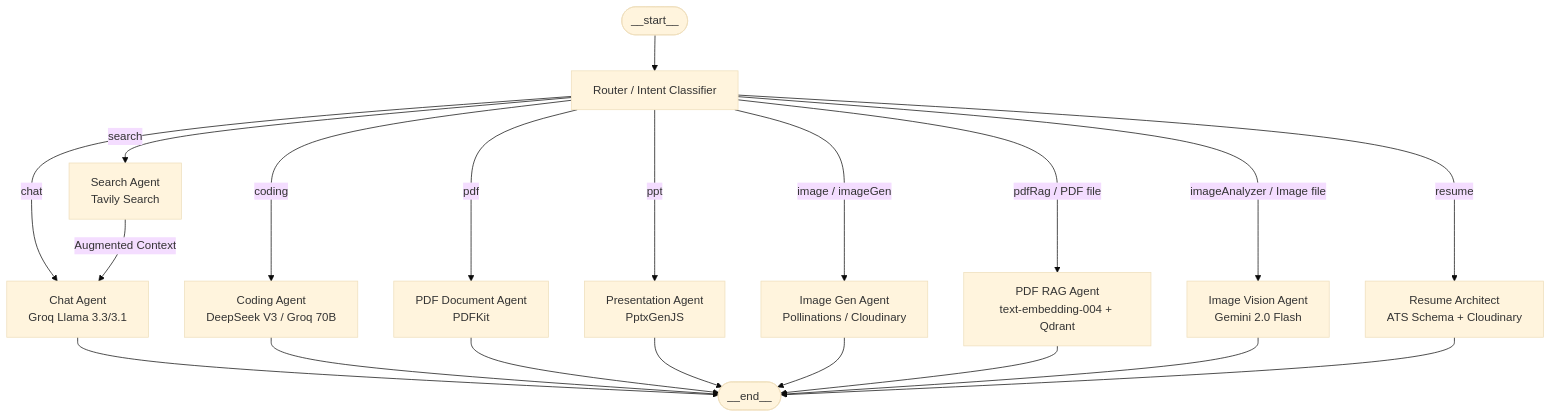
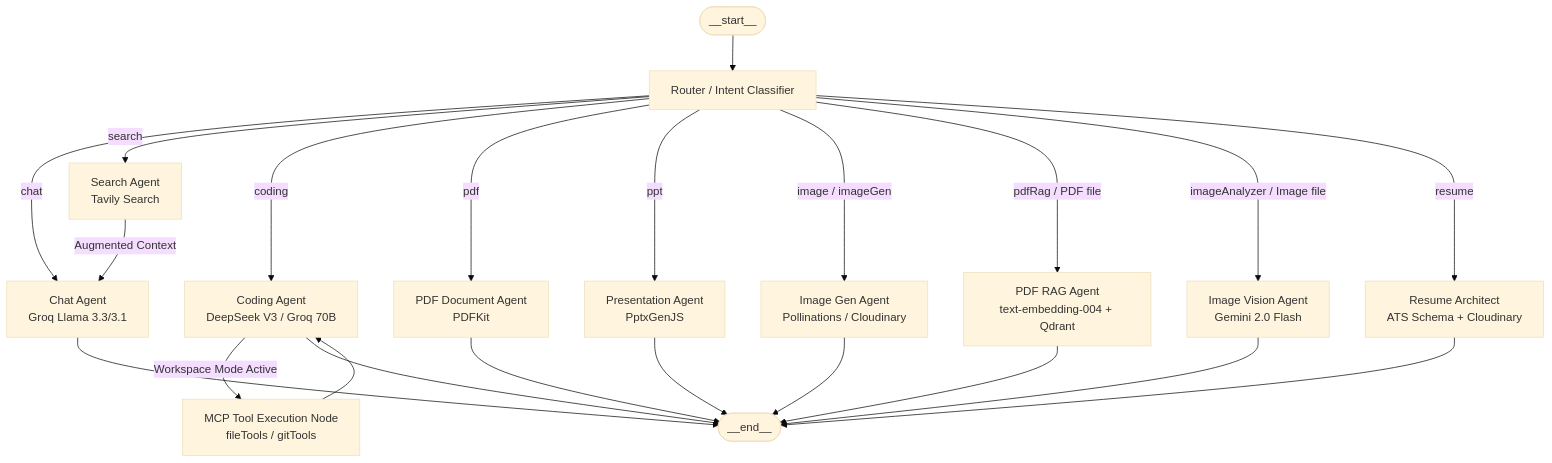
One commit to gauravgautam2003/alpha-AI changed the second of 5 diagrams in SYSTEM_DESIGN.md. Above: the diagram before and after it, drawn with Mermaid (base theme). The commit also changed other lines of this file and 20 other files, not shown here.

Commit message:
add desktop functionality using electron and modify mcp-server for acces vs code to directly changes in the vs code when user choose coding agent

````diff
--- a/SYSTEM_DESIGN.md
+++ b/SYSTEM_DESIGN.md
@@ -91,24 +109,27 @@
 ```mermaid
 flowchart TD
     Start([__start__]) --> Router[Router / Intent Classifier]
 
     Router -->|chat| ChatAgent[Chat Agent<br/>Groq Llama 3.3/3.1]
     Router -->|search| SearchAgent[Search Agent<br/>Tavily Search]
     Router -->|coding| CodingAgent[Coding Agent<br/>DeepSeek V3 / Groq 70B]
     Router -->|pdf| PdfAgent[PDF Document Agent<br/>PDFKit]
     Router -->|ppt| PptAgent[Presentation Agent<br/>PptxGenJS]
     Router -->|image / imageGen| ImageGenAgent[Image Gen Agent<br/>Pollinations / Cloudinary]
     Router -->|pdfRag / PDF file| PdfRagAgent[PDF RAG Agent<br/>text-embedding-004 + Qdrant]
     Router -->|imageAnalyzer / Image file| ImageAnalyzerAgent[Image Vision Agent<br/>Gemini 2.0 Flash]
     Router -->|resume| ResumeAgent[Resume Architect<br/>ATS Schema + Cloudinary]
 
+    CodingAgent -->|Workspace Mode Active| MCPTools[MCP Tool Execution Node<br/>fileTools / gitTools]
+    MCPTools --> CodingAgent
+
     SearchAgent -->|Augmented Context| ChatAgent
     ChatAgent --> End([__end__])
     CodingAgent --> End
     PdfAgent --> End
     PptAgent --> End
     ImageGenAgent --> End
     PdfRagAgent --> End
     ImageAnalyzerAgent --> End
     ResumeAgent --> End
 ```
````
